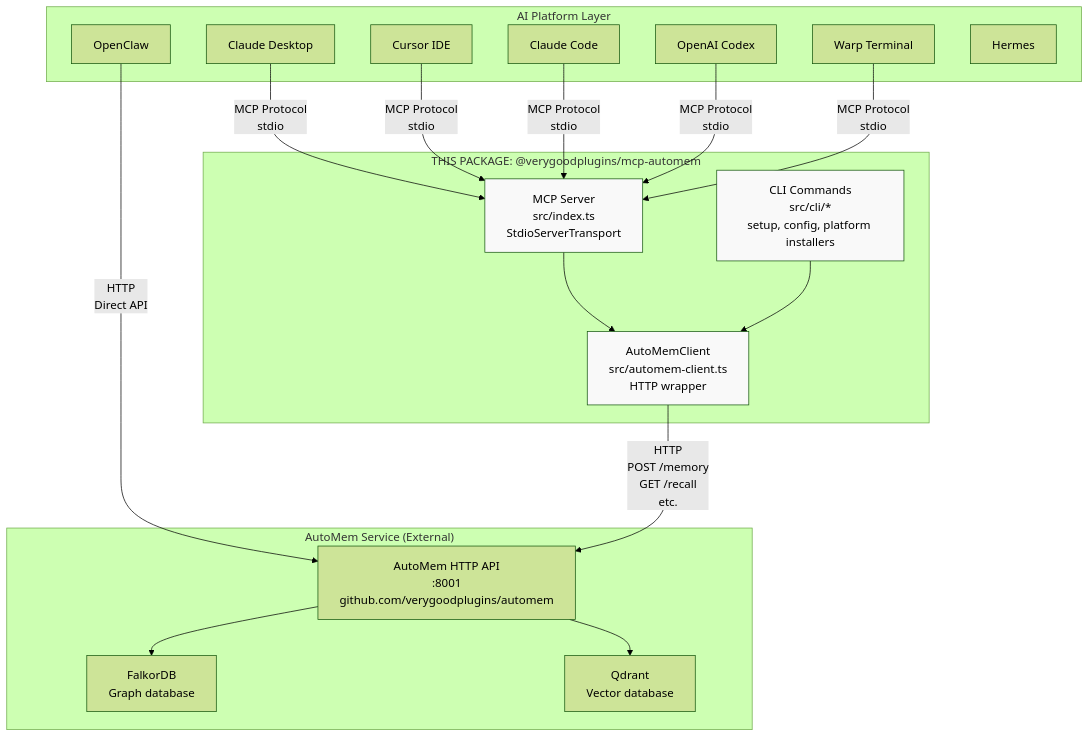
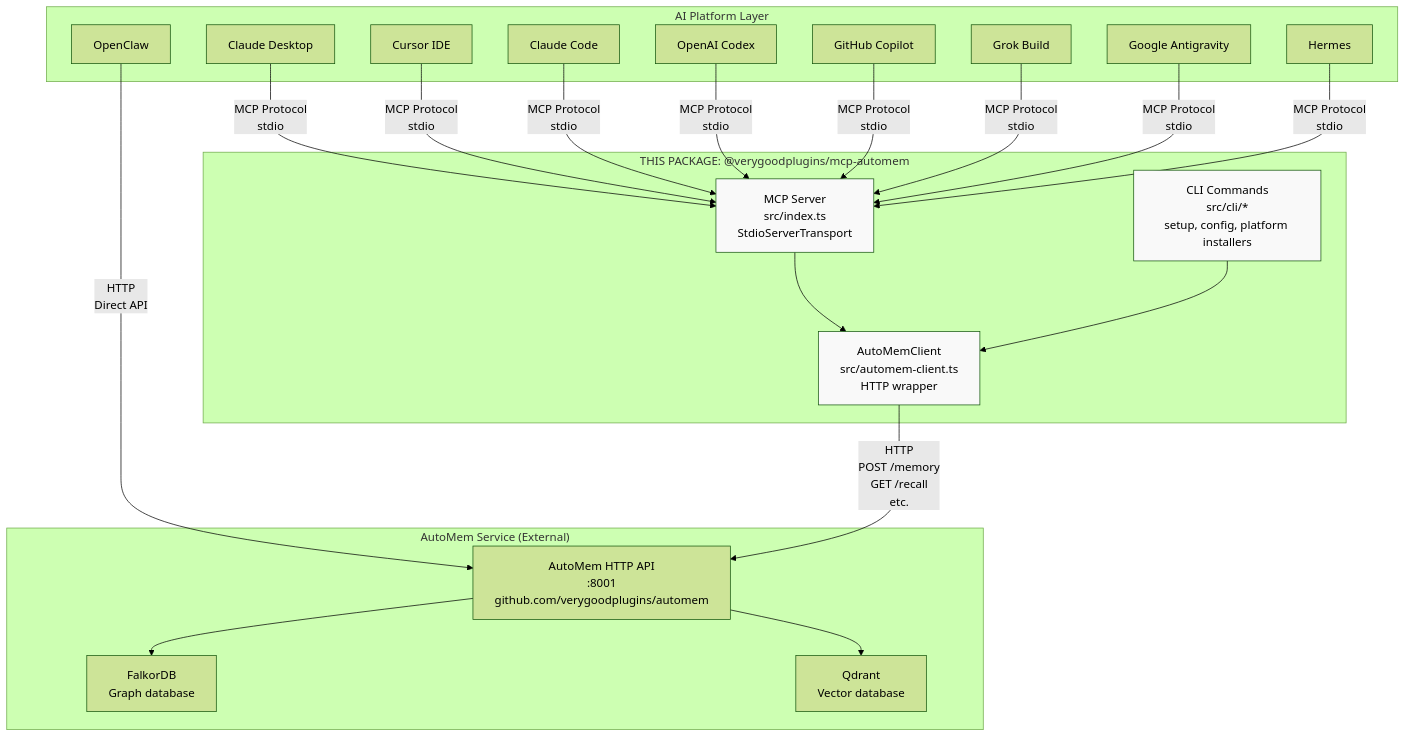
One commit to verygoodplugins/automem-website changed the second of 2 diagrams in src/content/docs/docs/getting-started/introduction.md. Above: the diagram before and after it, drawn with Mermaid (forest theme). The commit also changed other lines of this file and 1 other file, not shown here.

Commit message:
docs: update introduction and overview to reflect mcp-automem@06f6fb1 (#369)

````diff
--- a/src/content/docs/docs/getting-started/introduction.md
+++ b/src/content/docs/docs/getting-started/introduction.md
@@ -123,43 +123,48 @@
 ```mermaid
 graph TB
     subgraph "AI Platform Layer"
         CD["Claude Desktop"]
         CUR["Cursor IDE"]
         CC["Claude Code"]
         COD["OpenAI Codex"]
-        WARP["Warp Terminal"]
+        CGIT["GitHub Copilot"]
+        GROK["Grok Build"]
+        AG["Google Antigravity"]
         OC["OpenClaw"]
         HERM["Hermes"]
     end
 
     subgraph "THIS PACKAGE: @verygoodplugins/mcp-automem"
         SERVER["MCP Server<br/>src/index.ts<br/>StdioServerTransport"]
         CLI["CLI Commands<br/>src/cli/*<br/>setup, config, platform installers"]
         CLIENT["AutoMemClient<br/>src/automem-client.ts<br/>HTTP wrapper"]
 
         SERVER --> CLIENT
         CLI --> CLIENT
     end
 
     subgraph "AutoMem Service (External)"
         API["AutoMem HTTP API<br/>:8001<br/>github.com/verygoodplugins/automem"]
         FALKOR["FalkorDB<br/>Graph database"]
         QDRANT["Qdrant<br/>Vector database"]
 
         API --> FALKOR
         API --> QDRANT
     end
 
     CD -->|"MCP Protocol<br/>stdio"| SERVER
     CUR -->|"MCP Protocol<br/>stdio"| SERVER
     CC -->|"MCP Protocol<br/>stdio"| SERVER
     COD -->|"MCP Protocol<br/>stdio"| SERVER
-    WARP -->|"MCP Protocol<br/>stdio"| SERVER
+    CGIT -->|"MCP Protocol<br/>stdio"| SERVER
+    GROK -->|"MCP Protocol<br/>stdio"| SERVER
+    AG -->|"MCP Protocol<br/>stdio"| SERVER
+    HERM -->|"MCP Protocol<br/>stdio"| SERVER
     OC -->|"HTTP<br/>Direct API"| API
 
     CLIENT -->|"HTTP<br/>POST /memory<br/>GET /recall<br/>etc."| API
 
     style SERVER fill:#f9f9f9
     style CLIENT fill:#f9f9f9
     style CLI fill:#f9f9f9
 ```
````
